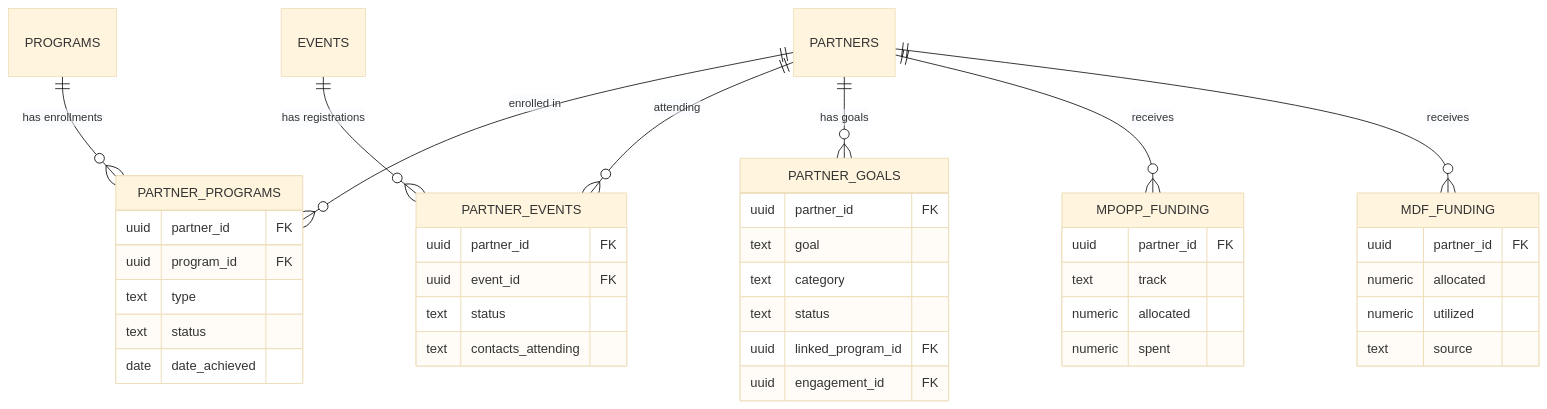
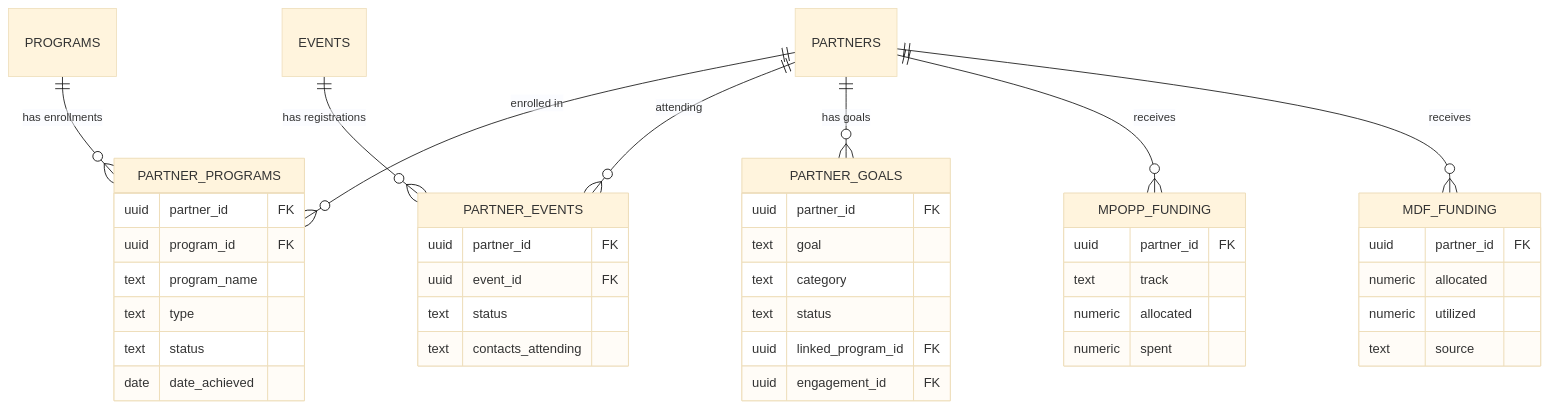
Before and after one commit to zingozingo/roadrunner: the fifth of 5 diagrams in docs/entity-model.md, drawn with Mermaid (base theme). The commit also changed other lines of this file, not shown here.

First line of the commit message:
docs: update entity-model.md — 17 tables, dissolved junctions, program_name, CI email

````diff
--- a/docs/entity-model.md
+++ b/docs/entity-model.md
@@ -735,44 +596,45 @@
 ```mermaid
 erDiagram
     PARTNERS ||--o{ PARTNER_PROGRAMS : "enrolled in"
     PROGRAMS ||--o{ PARTNER_PROGRAMS : "has enrollments"
     PARTNERS ||--o{ PARTNER_EVENTS : "attending"
     EVENTS ||--o{ PARTNER_EVENTS : "has registrations"
     PARTNERS ||--o{ PARTNER_GOALS : "has goals"
     PARTNERS ||--o{ MPOPP_FUNDING : "receives"
     PARTNERS ||--o{ MDF_FUNDING : "receives"
 
     PARTNER_PROGRAMS {
         uuid partner_id FK
         uuid program_id FK
+        text program_name
         text type
         text status
         date date_achieved
     }
     PARTNER_EVENTS {
         uuid partner_id FK
         uuid event_id FK
         text status
         text contacts_attending
     }
     PARTNER_GOALS {
         uuid partner_id FK
         text goal
         text category
         text status
         uuid linked_program_id FK
         uuid engagement_id FK
     }
     MPOPP_FUNDING {
         uuid partner_id FK
         text track
         numeric allocated
         numeric spent
     }
     MDF_FUNDING {
         uuid partner_id FK
         numeric allocated
         numeric utilized
         text source
     }
 ```
````
